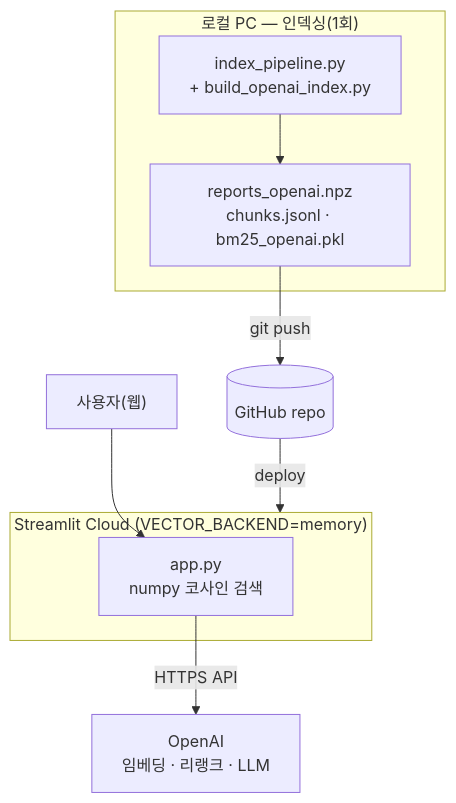
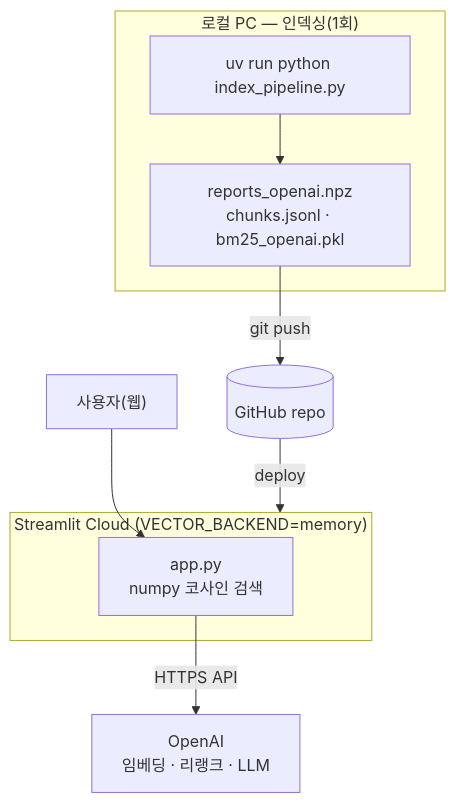
Before and after one commit to ElNino-o/konetic-report-rag: the second of 3 diagrams in README.md, drawn with Mermaid. The commit also changed other lines of this file and 17 other files, not shown here.

````diff
--- a/README.md
+++ b/README.md
@@ -73,13 +70,13 @@
 ```mermaid
 flowchart TB
   subgraph L["로컬 PC — 인덱싱(1회)"]
-    IDX["index_pipeline.py<br/>+ build_openai_index.py"] --> ARTI["reports_openai.npz<br/>chunks.jsonl · bm25_openai.pkl"]
+    IDX["uv run python index_pipeline.py"] --> ARTI["reports_openai.npz<br/>chunks.jsonl · bm25_openai.pkl"]
   end
   ARTI -->|git push| GH[("GitHub repo")]
   GH -->|deploy| C
   subgraph C["Streamlit Cloud (VECTOR_BACKEND=memory)"]
     APP["app.py<br/>numpy 코사인 검색"]
   end
   APP -->|HTTPS API| OAI["OpenAI<br/>임베딩 · 리랭크 · LLM"]
   USER["사용자(웹)"] --> APP
 ```
````
